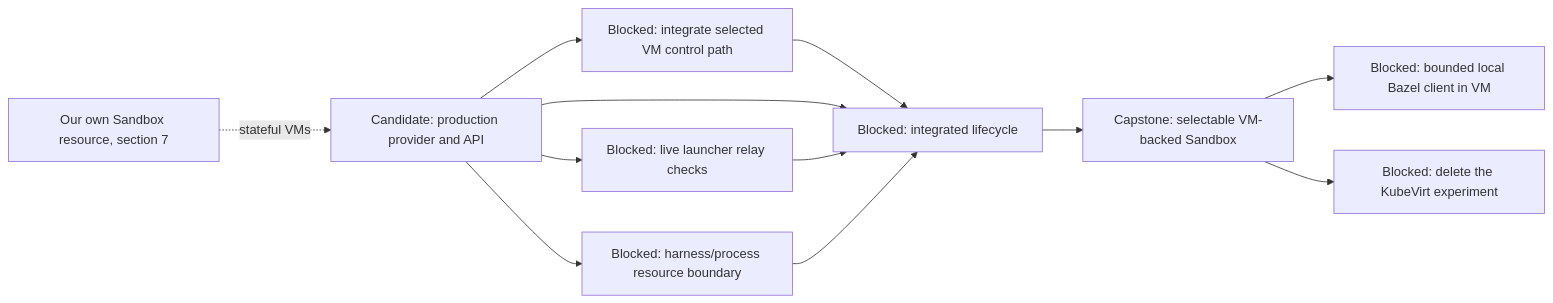
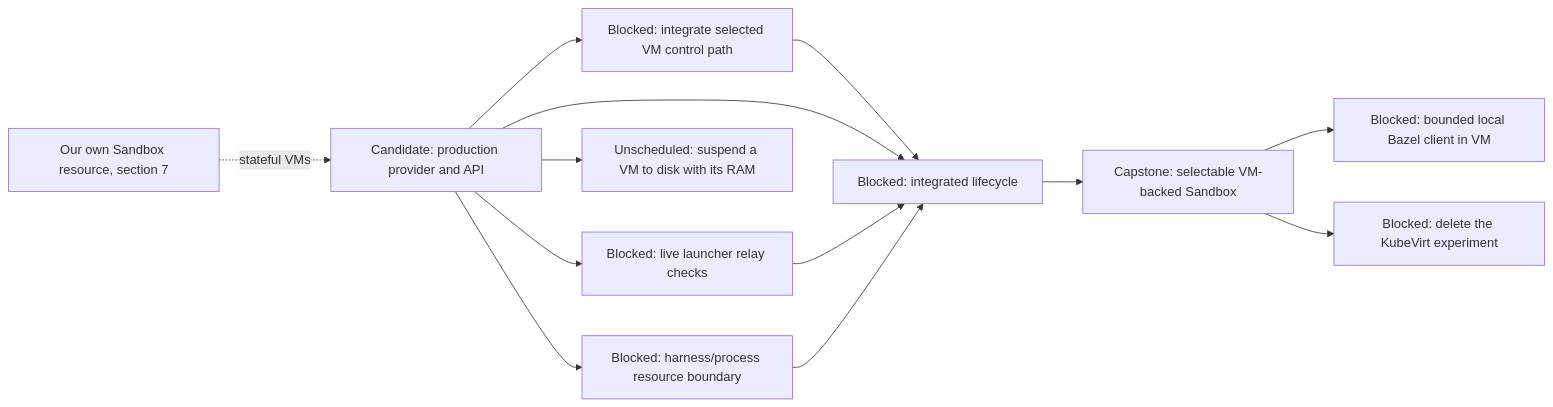
The sixth of 15 diagrams in agentplane/plans/task_dag.md (agentydragon-agent/ducktape), drawn with Mermaid before and after one commit. The commit also changed other lines of this file, not shown here.

First line of the commit message:
agentplane: add the VM_RAM_SUSPEND node to the task DAG (#10274)

````diff
--- a/agentplane/plans/task_dag.md
+++ b/agentplane/plans/task_dag.md
@@ -336,20 +336,22 @@
 ```mermaid
 flowchart LR
     VM_CONTROL_NETWORKING[Blocked: integrate selected VM control path]
     VM_PROVIDER[Candidate: production provider and API]
     AGENTPLANE_SANDBOX_RESOURCE[Our own Sandbox resource, section 7]
     VM_EGRESS[Blocked: live launcher relay checks]
+    VM_RAM_SUSPEND[Unscheduled: suspend a VM to disk with its RAM]
     VM_PROCESS_ISOLATION[Blocked: harness/process resource boundary]
     VM_LIFECYCLE[Blocked: integrated lifecycle]
     VM_PROVIDER --> VM_CONTROL_NETWORKING
     AGENTPLANE_SANDBOX_RESOURCE -. stateful VMs .-> VM_PROVIDER
     VM_CONTROL_NETWORKING --> VM_LIFECYCLE
     VM_PROVIDER --> VM_PROCESS_ISOLATION
     VM_PROVIDER --> VM_LIFECYCLE
     VM_PROVIDER --> VM_EGRESS
+    VM_PROVIDER --> VM_RAM_SUSPEND
     VM_EGRESS --> VM_LIFECYCLE
     VM_PROCESS_ISOLATION --> VM_LIFECYCLE
     VM_LIFECYCLE --> SANDBOX_VM_ISOLATION[Capstone: selectable VM-backed Sandbox]
     SANDBOX_VM_ISOLATION --> LOCAL_BAZEL[Blocked: bounded local Bazel client in VM]
     SANDBOX_VM_ISOLATION --> KUBEVIRT_EXPERIMENT_RETIRE[Blocked: delete the KubeVirt experiment]
 ```
````
